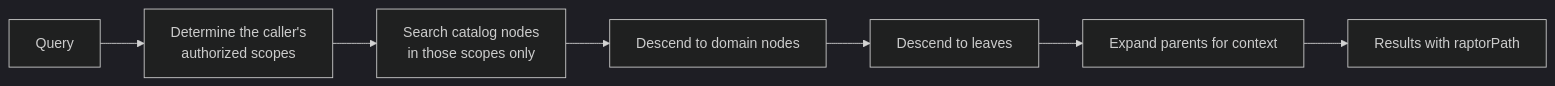
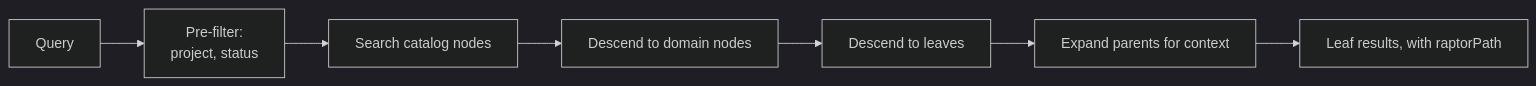
Before and after one commit to theurian/theurian: the third of 3 diagrams in docs/architecture/raptor.md, drawn with Mermaid (dark theme). The commit also changed other lines of this file and 1 other file, not shown here.

````diff
--- a/docs/architecture/raptor.md
+++ b/docs/architecture/raptor.md
@@ -144,9 +305,9 @@
 ```mermaid
 flowchart LR
-    Q["Query"] --> S["Determine the caller's<br/>authorized scopes"]
-    S --> T["Search catalog nodes<br/>in those scopes only"]
+    Q["Query"] --> S["Pre-filter:<br/>project, status"]
+    S --> T["Search catalog nodes"]
     T --> D["Descend to domain nodes"]
     D --> L["Descend to leaves"]
     L --> E["Expand parents for context"]
-    E --> R["Results with raptorPath"]
+    E --> R["Leaf results, with raptorPath"]
 ```
````
